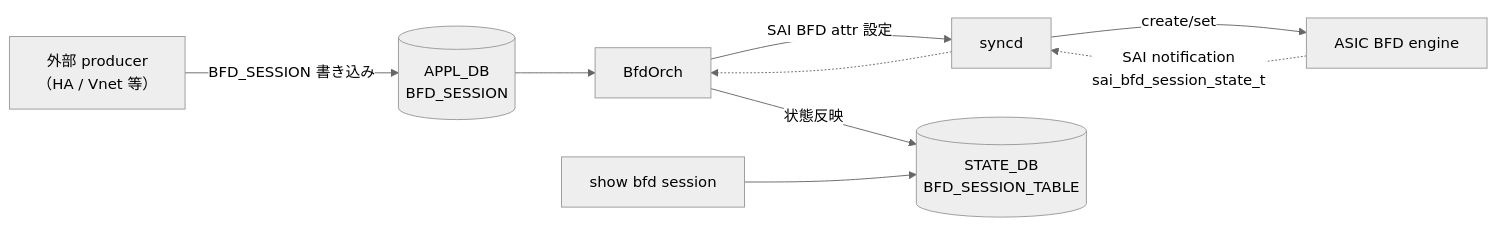
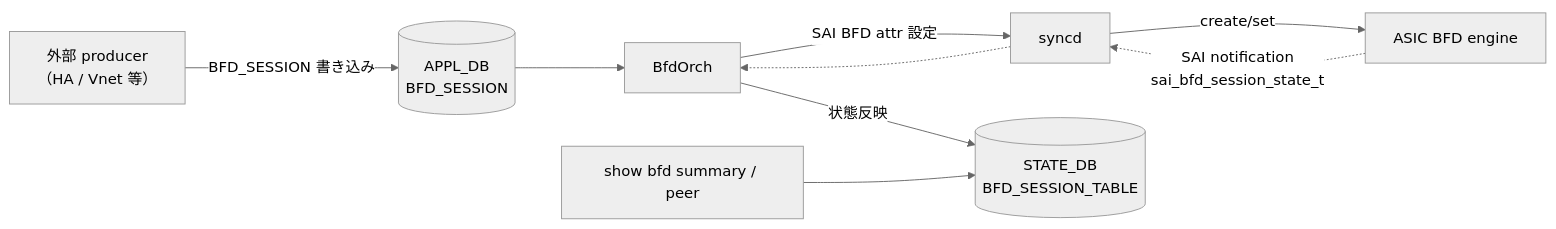
The first of 2 diagrams in docs/routing/bfd-hw-offload.md (aoki-taquan/sonic-unofficial-docs), drawn with Mermaid (neutral theme) before and after one commit. The commit also changed other lines of this file and 21 other files, not shown here.

````diff
--- a/docs/routing/bfd-hw-offload.md
+++ b/docs/routing/bfd-hw-offload.md
@@ -54,11 +45,11 @@
 ```mermaid
 flowchart LR
     EXT[外部 producer\n（HA / Vnet 等）] -->|BFD_SESSION 書き込み| APPL[(APPL_DB\nBFD_SESSION)]
     APPL --> ORCH[BfdOrch]
     ORCH -->|SAI BFD attr 設定| SYNCD[syncd]
     SYNCD -->|create/set| ASIC[ASIC BFD engine]
     ASIC -.->|SAI notification\nsai_bfd_session_state_t| SYNCD
     SYNCD -.-> ORCH
     ORCH -->|状態反映| STATE[(STATE_DB\nBFD_SESSION_TABLE)]
-    CLI[show bfd session] --> STATE
+    CLI[show bfd summary / peer] --> STATE
 ```
````
